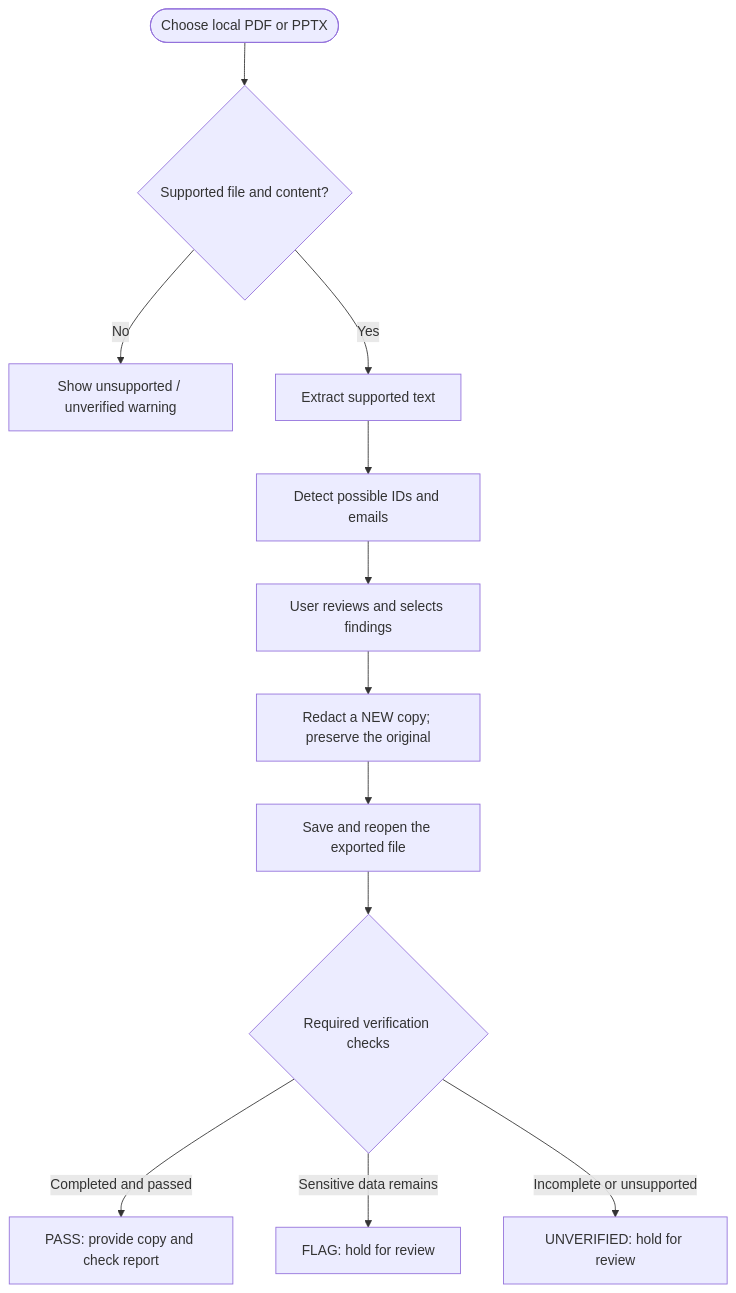
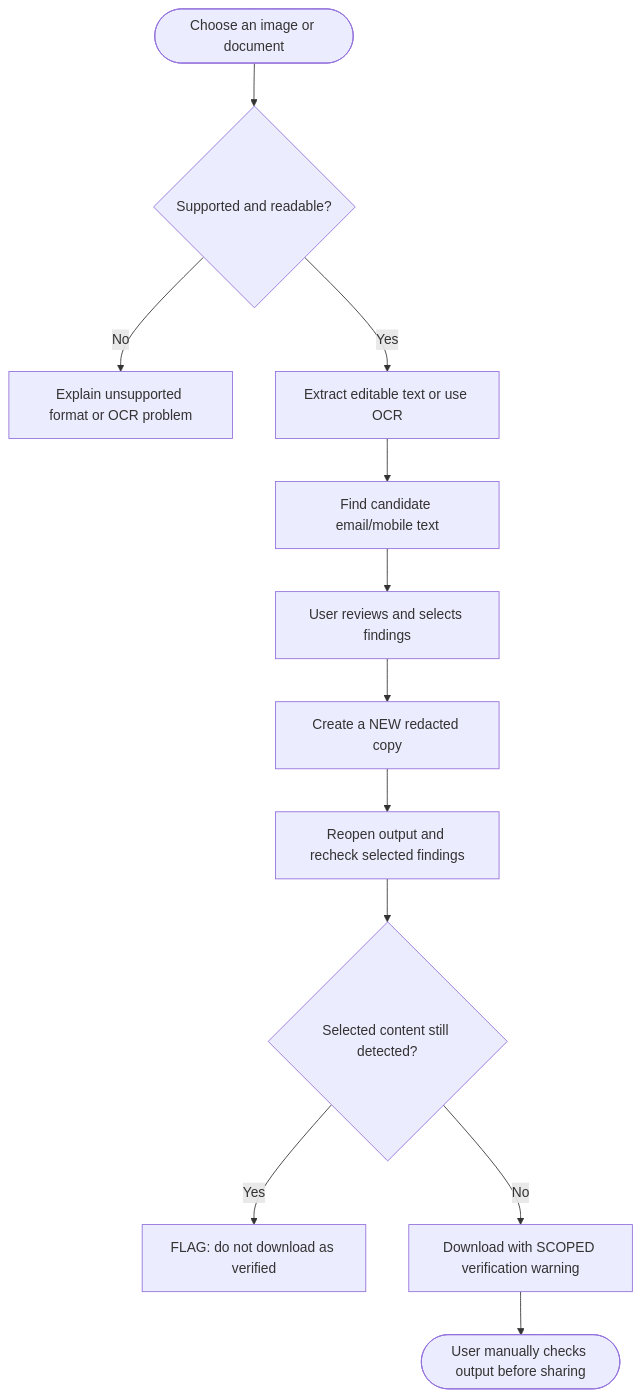
One commit to krutharth-dev/ShareShield changed the first of 2 diagrams in README.md. Above: the diagram before and after it, drawn with Mermaid. The commit also changed other lines of this file, not shown here.

Commit message:
docs: update README with multi-format upload workflow and local architecture

````diff
--- a/README.md
+++ b/README.md
@@ -40,14 +35,14 @@
-```mermaid
+~~~mermaid
 flowchart TD
-    A(["Choose local PDF or PPTX"]) --> B{"Supported file and content?"}
-    B -->|No| U["Show unsupported / unverified warning"]
-    B -->|Yes| C["Extract supported text"]
-    C --> D["Detect possible IDs and emails"]
-    D --> E["User reviews and selects findings"]
-    E --> F["Redact a NEW copy; preserve the original"]
-    F --> G["Save and reopen the exported file"]
-    G --> H{"Required verification checks"}
-    H -->|Completed and passed| P["PASS: provide copy and check report"]
-    H -->|Sensitive data remains| X["FLAG: hold for review"]
-    H -->|Incomplete or unsupported| Y["UNVERIFIED: hold for review"]
-```
+    A([Choose an image or document]) --> B{Supported and readable?}
+    B -->|No| X[Explain unsupported format or OCR problem]
+    B -->|Yes| C[Extract editable text or use OCR]
+    C --> D[Find candidate email/mobile text]
+    D --> E[User reviews and selects findings]
+    E --> F[Create a NEW redacted copy]
+    F --> G[Reopen output and recheck selected findings]
+    G --> H{Selected content still detected?}
+    H -->|Yes| J[FLAG: do not download as verified]
+    H -->|No| K[Download with SCOPED verification warning]
+    K --> L([User manually checks output before sharing])
+~~~
````
